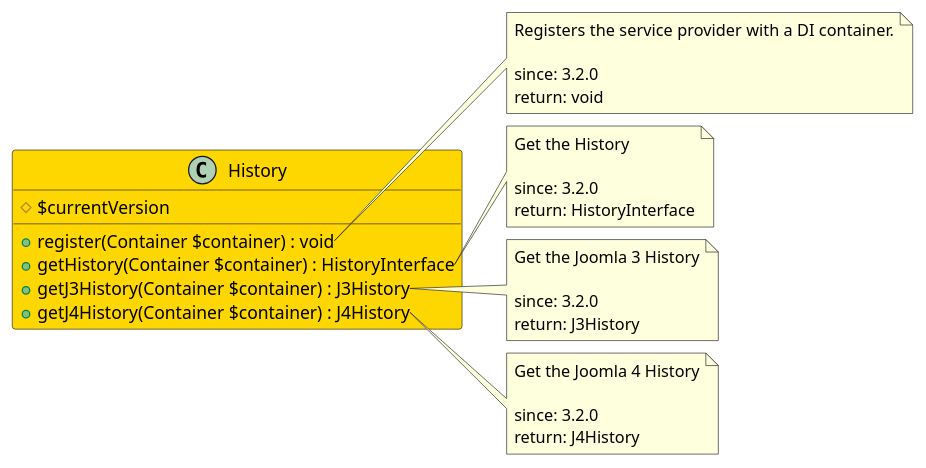
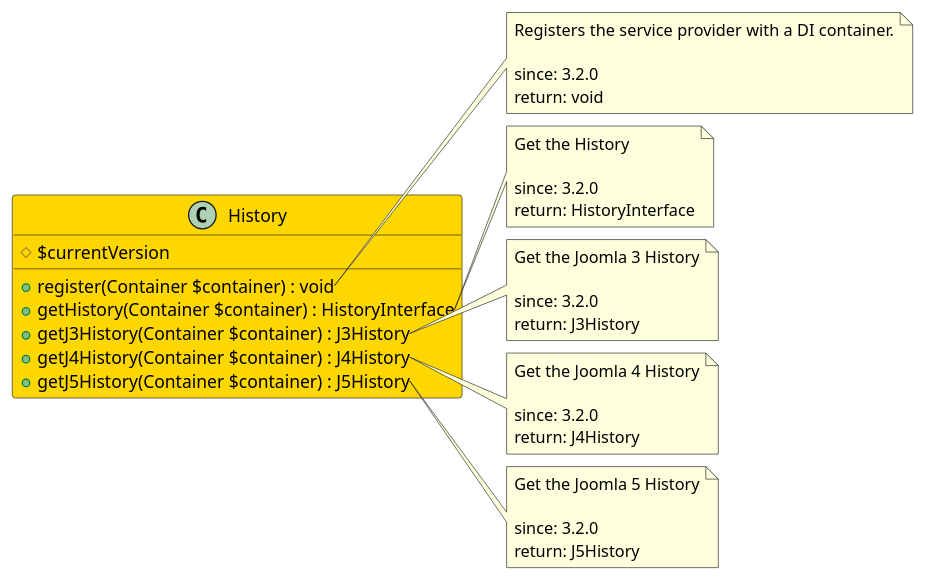
The diagram in src/63782f74-7b03-4745-aa40-0adf8ed4e704/README.md (joomengine/jcb-compiler), drawn with PlantUML before and after one commit. The commit also changed 232 other files, not shown here.

````diff
--- a/src/63782f74-7b03-4745-aa40-0adf8ed4e704/README.md
+++ b/src/63782f74-7b03-4745-aa40-0adf8ed4e704/README.md
@@ -11,40 +11,48 @@
 ```uml
 @startuml
 class History  #Gold {
   # $currentVersion
   + register(Container $container) : void
   + getHistory(Container $container) : HistoryInterface
   + getJ3History(Container $container) : J3History
   + getJ4History(Container $container) : J4History
+  + getJ5History(Container $container) : J5History
 }
 
 note right of History::register
   Registers the service provider with a DI container.
 
   since: 3.2.0
   return: void
 end note
 
 note right of History::getHistory
   Get the History
 
   since: 3.2.0
   return: HistoryInterface
 end note
 
 note right of History::getJ3History
   Get the Joomla 3 History
 
   since: 3.2.0
   return: J3History
 end note
 
 note right of History::getJ4History
   Get the Joomla 4 History
 
   since: 3.2.0
   return: J4History
 end note
+
+note right of History::getJ5History
+  Get the Joomla 5 History
+
+  since: 3.2.0
+  return: J5History
+end note
  
 @enduml
 ```
````
